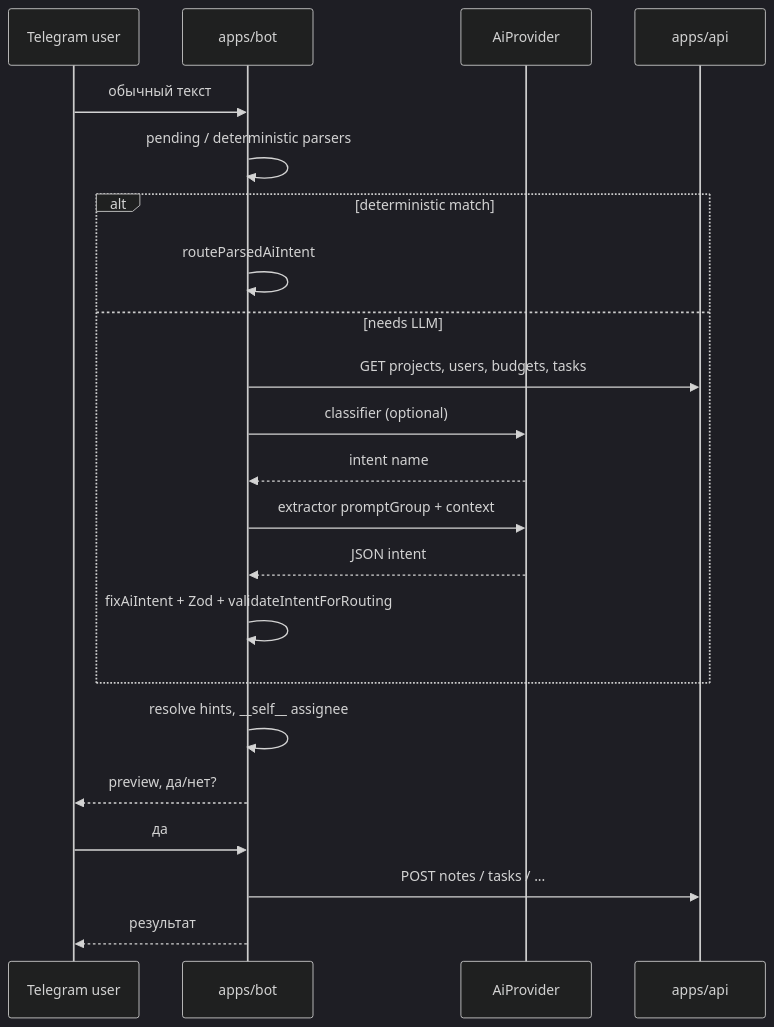
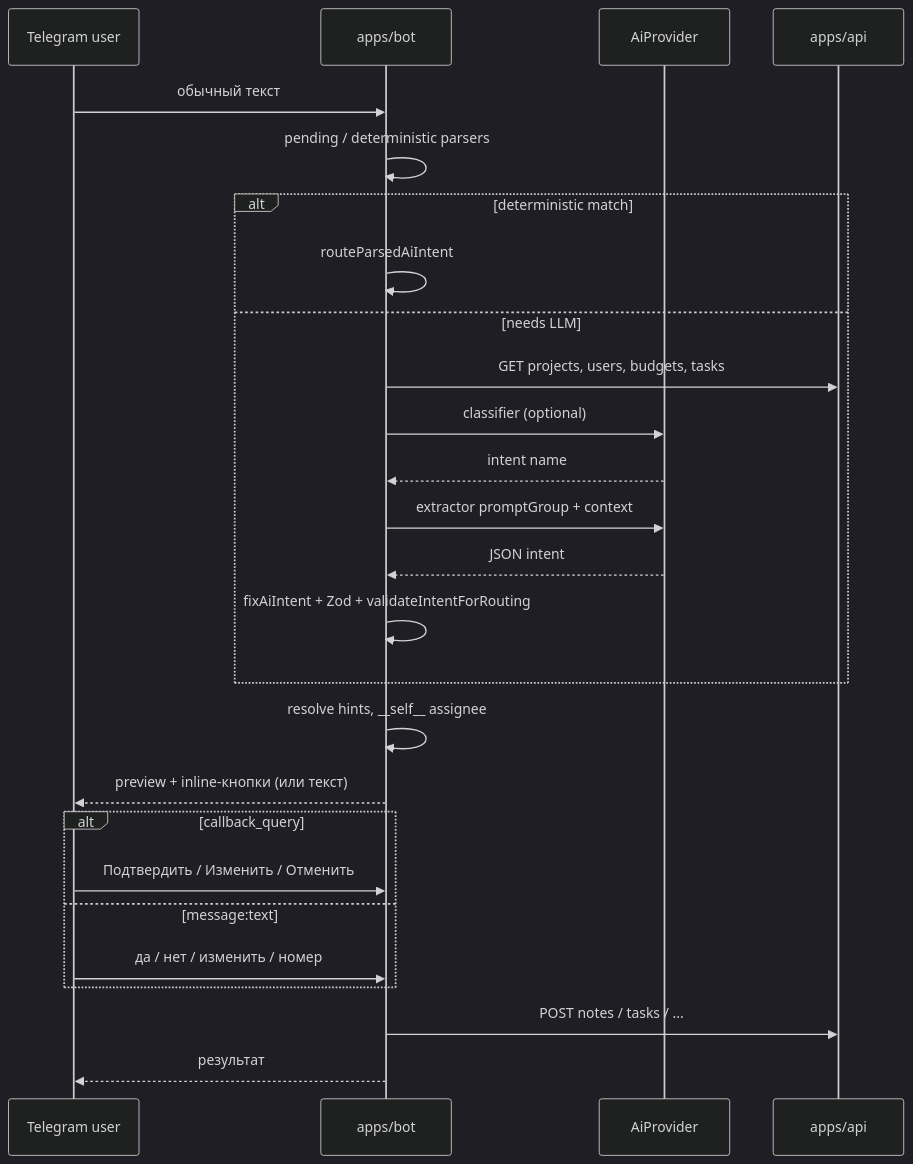
Before and after one commit to R1ankeel/neportal: the diagram in docs/ai-intent.md, drawn with Mermaid (dark theme). The commit also changed other lines of this file and 6 other files, not shown here.

````diff
--- a/docs/ai-intent.md
+++ b/docs/ai-intent.md
@@ -13,25 +13,29 @@
 ```mermaid
 sequenceDiagram
   participant U as Telegram user
   participant B as apps/bot
   participant P as AiProvider
   participant A as apps/api
 
   U->>B: обычный текст
   B->>B: pending / deterministic parsers
   alt deterministic match
     B->>B: routeParsedAiIntent
   else needs LLM
     B->>A: GET projects, users, budgets, tasks
     B->>P: classifier (optional)
     P-->>B: intent name
     B->>P: extractor promptGroup + context
     P-->>B: JSON intent
     B->>B: fixAiIntent + Zod + validateIntentForRouting
   end
   B->>B: resolve hints, __self__ assignee
-  B-->>U: preview, да/нет?
-  U->>B: да
+  B-->>U: preview + inline-кнопки (или текст)
+  alt callback_query
+    U->>B: Подтвердить / Изменить / Отменить
+  else message:text
+    U->>B: да / нет / изменить / номер
+  end
   B->>A: POST notes / tasks / ...
   B-->>U: результат
 ```
````
